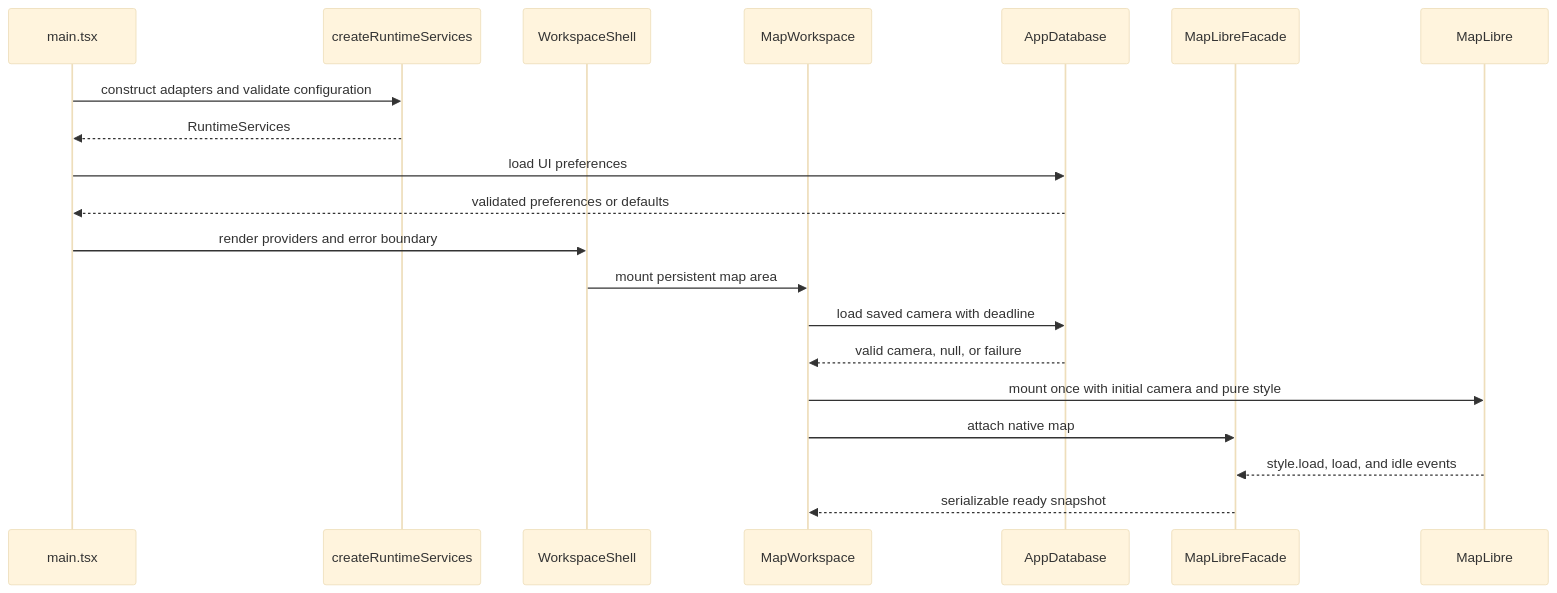
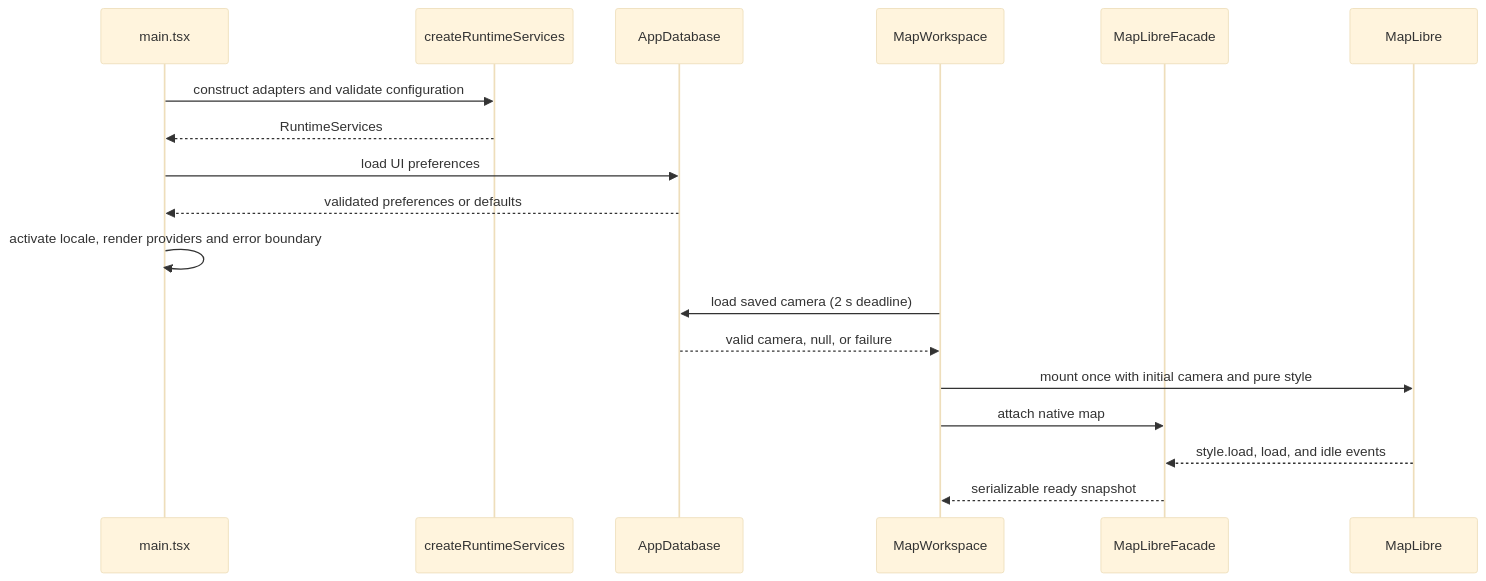
The first of 8 diagrams in docs/runtime-flows.md (bogdandm/georgia-routing-planner), drawn with Mermaid (base theme) before and after one commit. The commit also changed other lines of this file and 7 other files, not shown here.

````diff
--- a/docs/runtime-flows.md
+++ b/docs/runtime-flows.md
@@ -5,23 +9,21 @@
 ```mermaid
 sequenceDiagram
   participant Entry as main.tsx
   participant Root as createRuntimeServices
-  participant UI as WorkspaceShell
+  participant Storage as AppDatabase
   participant Workspace as MapWorkspace
-  participant Storage as AppDatabase
   participant Facade as MapLibreFacade
   participant Map as MapLibre
 
   Entry->>Root: construct adapters and validate configuration
   Root-->>Entry: RuntimeServices
   Entry->>Storage: load UI preferences
   Storage-->>Entry: validated preferences or defaults
-  Entry->>UI: render providers and error boundary
-  UI->>Workspace: mount persistent map area
-  Workspace->>Storage: load saved camera with deadline
+  Entry->>Entry: activate locale, render providers and error boundary
+  Workspace->>Storage: load saved camera (2 s deadline)
   Storage-->>Workspace: valid camera, null, or failure
   Workspace->>Map: mount once with initial camera and pure style
   Workspace->>Facade: attach native map
   Map-->>Facade: style.load, load, and idle events
   Facade-->>Workspace: serializable ready snapshot
 ```
````
